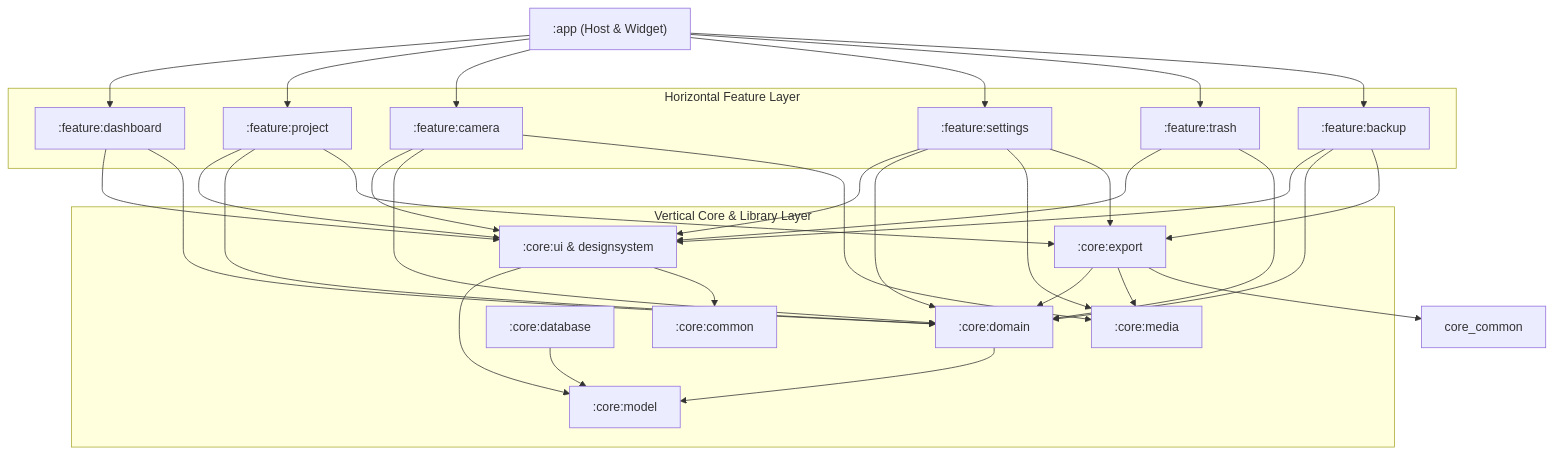
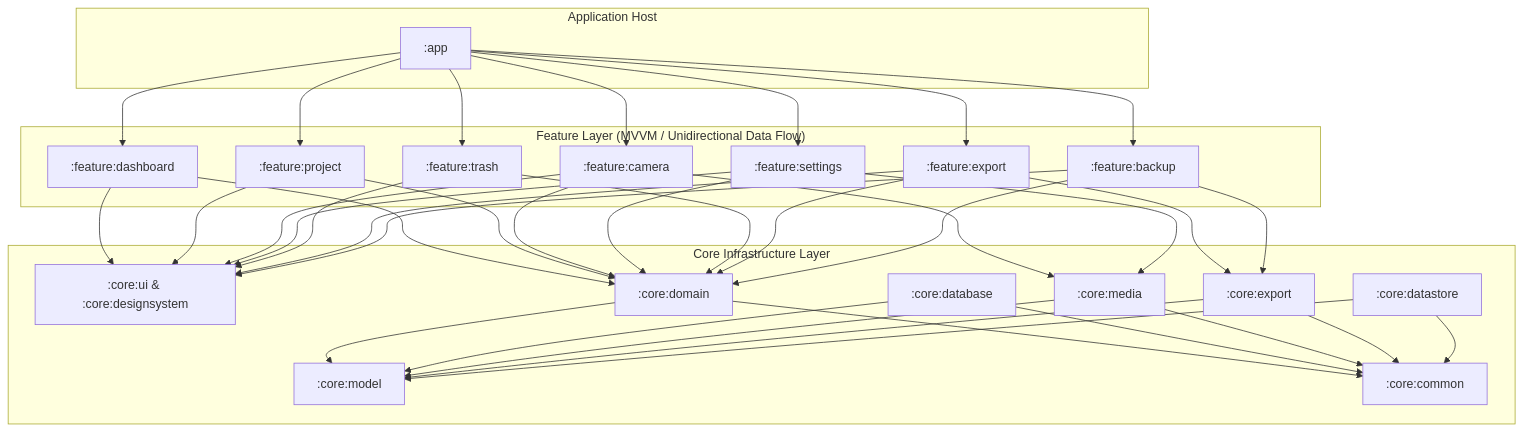
One commit to fatih1enes/fotorapor changed the diagram in README.md. Above: the diagram before and after it, drawn with Mermaid. The commit also changed other lines of this file, not shown here.

````diff
--- a/README.md
+++ b/README.md
@@ -30,46 +84,33 @@
 ```mermaid
 graph TD
-    %% Host & Widgets
-    app[":app (Host & Widget)"]
-
-    %% Feature Modules
-    subgraph Feature Modules [Horizontal Feature Layer]
-        feat_dash[":feature:dashboard"]
-        feat_proj[":feature:project"]
-        feat_cam[":feature:camera"]
-        feat_set[":feature:settings"]
-        feat_trash[":feature:trash"]
-        feat_back[":feature:backup"]
+    subgraph Host ["Application Host"]
+        APP[":app"]
     end
 
-    %% Core Modules
-    subgraph Core Modules [Vertical Core & Library Layer]
-        core_ui[":core:ui & designsystem"]
-        core_dom[":core:domain"]
-        core_db[":core:database"]
-        core_media[":core:media"]
-        core_exp[":core:export"]
-        core_mod[":core:model"]
-        core_com[":core:common"]
+    subgraph FeatureModules ["Feature Layer (MVVM / Unidirectional Data Flow)"]
+        F_DASH[":feature:dashboard"]
+        F_PROJ[":feature:project"]
+        F_CAM[":feature:camera"]
+        F_SET[":feature:settings"]
+        F_TRASH[":feature:trash"]
+        F_EXP[":feature:export"]
+        F_BACK[":feature:backup"]
     end
 
-    %% Host dependencies
-    app --> feat_dash
-    app --> feat_proj
-    app --> feat_cam
-    app --> feat_set
-    app --> feat_trash
-    app --> feat_back
+    subgraph CoreModules ["Core Infrastructure Layer"]
+        C_UI[":core:ui & :core:designsystem"]
+        C_DOM[":core:domain"]
+        C_DB[":core:database"]
+        C_MEDIA[":core:media"]
+        C_EXPORT[":core:export"]
+        C_DS[":core:datastore"]
+        C_MOD[":core:model"]
+        C_COM[":core:common"]
+    end
 
-    %% Feature to Core integrations
-    feat_dash & feat_proj & feat_cam & feat_set & feat_trash & feat_back --> core_ui
-    feat_dash & feat_proj & feat_cam & feat_set & feat_trash & feat_back --> core_dom
-    feat_cam & feat_set --> core_media
-    feat_proj & feat_set & feat_back --> core_exp
-
-    %% Internal Core dependencies
-    core_dom --> core_mod
-    core_db --> core_mod
-    core_ui --> core_mod & core_com
-    core_exp --> core_dom & core_media & core_common
+    APP --> F_DASH & F_PROJ & F_CAM & F_SET & F_TRASH & F_EXP & F_BACK
+    F_DASH & F_PROJ & F_CAM & F_SET & F_TRASH & F_EXP & F_BACK --> C_UI & C_DOM
+    F_CAM & F_SET --> C_MEDIA
+    F_EXP & F_BACK --> C_EXPORT
+    C_DOM & C_DB & C_MEDIA & C_EXPORT & C_DS --> C_MOD & C_COM
 ```
````
